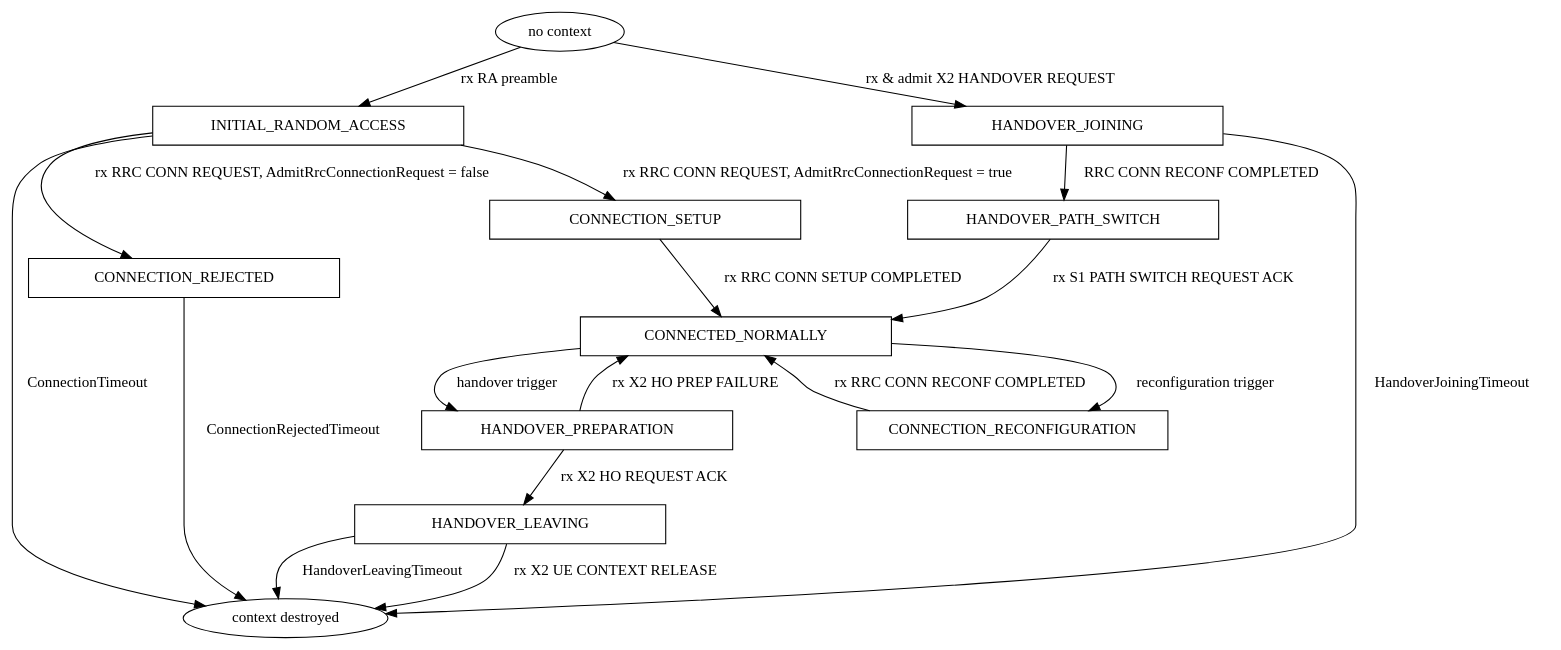
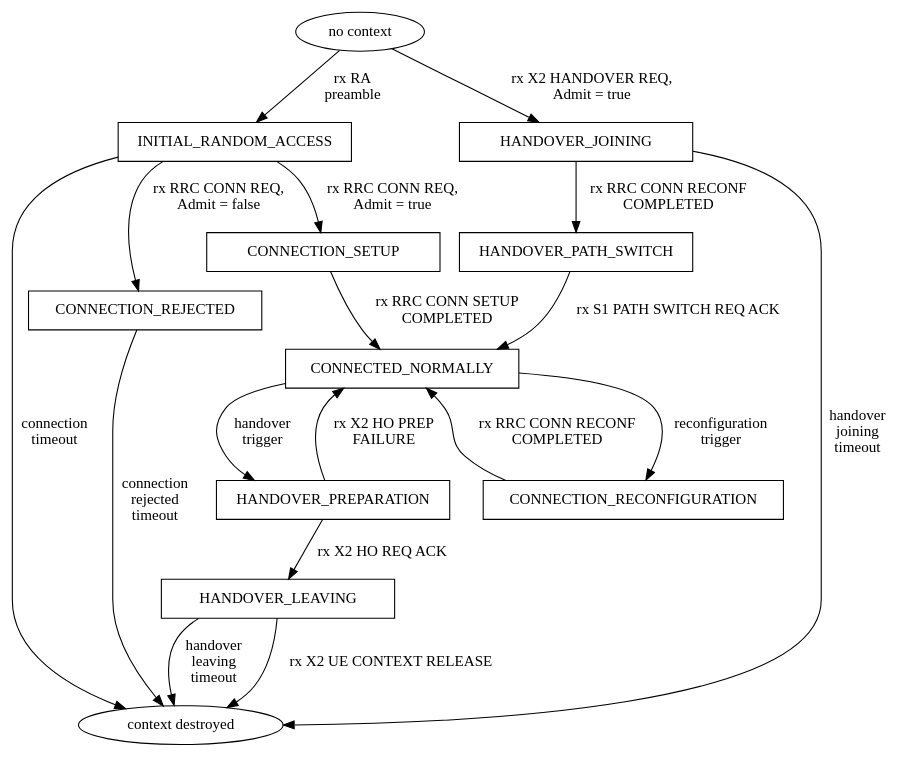
The diagram in src/lte/doc/source/figures/lte-enb-rrc-states.dot (tkn-tub/ns3-gym), drawn with Graphviz before and after one commit. The commit also changed 3 other files, not shown here.

Commit message:
Rearranged the figure of eNodeB RRC state model

```diff
--- a/src/lte/doc/source/figures/lte-enb-rrc-states.dot
+++ b/src/lte/doc/source/figures/lte-enb-rrc-states.dot
@@ -1,37 +1,40 @@
 digraph LteEnbRrcStates {
-
-size="20,20"
 
 
 NO_CONTEXT [shape="ellipse", label="no context"]
-INITIAL_RANDOM_ACCESS  [shape="box",width=4]
-CONNECTION_SETUP [shape="box",width=4]
-CONNECTION_REJECTED [shape="box",width=4] 
-CONNECTED_NORMALLY [shape="box",width=4] 
-CONNECTION_RECONFIGURATION [shape="box",width=4] 
-HANDOVER_PREPARATION [shape="box",width=4] 
-HANDOVER_JOINING [shape="box",width=4] 
-HANDOVER_PATH_SWITCH [shape="box",width=4] 
-HANDOVER_LEAVING [shape="box",width=4]
+INITIAL_RANDOM_ACCESS [shape="box",width=3]
+CONNECTION_SETUP [shape="box",width=3]
+CONNECTION_REJECTED [shape="box",width=3] 
+CONNECTED_NORMALLY [shape="box",width=3] 
+CONNECTION_RECONFIGURATION [shape="box",width=3] 
+HANDOVER_PREPARATION [shape="box",width=3] 
+HANDOVER_JOINING [shape="box",width=3] 
+HANDOVER_PATH_SWITCH [shape="box",width=3] 
+HANDOVER_LEAVING [shape="box",width=3]
 CONTEXT_DESTROYED [shape="ellipse", label="context destroyed"]
 
-NO_CONTEXT -> INITIAL_RANDOM_ACCESS [label="rx RA preamble",labeldistance=0]
-INITIAL_RANDOM_ACCESS -> CONNECTION_REJECTED [label="rx RRC CONN REQUEST, AdmitRrcConnectionRequest = false"]
-CONNECTION_REJECTED -> CONTEXT_DESTROYED [label="ConnectionRejectedTimeout"]
-INITIAL_RANDOM_ACCESS -> CONTEXT_DESTROYED [label="ConnectionTimeout"]
-INITIAL_RANDOM_ACCESS -> CONNECTION_SETUP [label="rx RRC CONN REQUEST, AdmitRrcConnectionRequest = true"]
-CONNECTION_SETUP -> CONNECTED_NORMALLY [label="rx RRC CONN SETUP COMPLETED"]
-CONNECTED_NORMALLY -> CONNECTION_RECONFIGURATION [label="reconfiguration trigger"]
-CONNECTION_RECONFIGURATION -> CONNECTED_NORMALLY [label="rx RRC CONN RECONF COMPLETED"]
-CONNECTED_NORMALLY -> HANDOVER_PREPARATION [label="handover trigger"]
-HANDOVER_PREPARATION -> CONNECTED_NORMALLY [label="rx X2 HO PREP FAILURE"]
-HANDOVER_PREPARATION -> HANDOVER_LEAVING [label="rx X2 HO REQUEST ACK"]
+// connection establishment
+NO_CONTEXT -> INITIAL_RANDOM_ACCESS [label="rx RA\npreamble"]
+INITIAL_RANDOM_ACCESS -> CONNECTION_REJECTED [label="rx RRC CONN REQ,\nAdmit = false"]
+CONNECTION_REJECTED -> CONTEXT_DESTROYED [label="connection\nrejected\ntimeout"]
+INITIAL_RANDOM_ACCESS -> CONTEXT_DESTROYED [label="connection\ntimeout"]
+INITIAL_RANDOM_ACCESS -> CONNECTION_SETUP [label="rx RRC CONN REQ,\nAdmit = true"]
+CONNECTION_SETUP -> CONNECTED_NORMALLY [label="rx RRC CONN SETUP\nCOMPLETED"]
+CONNECTED_NORMALLY -> CONNECTION_RECONFIGURATION [label="reconfiguration\ntrigger"]
+CONNECTION_RECONFIGURATION -> CONNECTED_NORMALLY [label="rx RRC CONN RECONF\nCOMPLETED"]
+
+// leaving because of handover
+CONNECTED_NORMALLY -> HANDOVER_PREPARATION [label="handover\ntrigger"]
+HANDOVER_PREPARATION -> CONNECTED_NORMALLY [label="rx X2 HO PREP\nFAILURE"]
+HANDOVER_PREPARATION -> HANDOVER_LEAVING [label="rx X2 HO REQ ACK"]
 HANDOVER_LEAVING -> CONTEXT_DESTROYED [label="rx X2 UE CONTEXT RELEASE"]
-HANDOVER_LEAVING -> CONTEXT_DESTROYED [label="HandoverLeavingTimeout"]
-NO_CONTEXT -> HANDOVER_JOINING [label="rx & admit X2 HANDOVER REQUEST"]
-HANDOVER_JOINING -> HANDOVER_PATH_SWITCH [label="RRC CONN RECONF COMPLETED"]
-HANDOVER_JOINING -> CONTEXT_DESTROYED [label="HandoverJoiningTimeout"]
-HANDOVER_PATH_SWITCH -> CONNECTED_NORMALLY [label="rx S1 PATH SWITCH REQUEST ACK"]
+HANDOVER_LEAVING -> CONTEXT_DESTROYED [label="handover\nleaving\ntimeout"]
+
+// joining because of handover
+NO_CONTEXT -> HANDOVER_JOINING [label="rx X2 HANDOVER REQ,\nAdmit = true"]
+HANDOVER_JOINING -> HANDOVER_PATH_SWITCH [label="rx RRC CONN RECONF\nCOMPLETED"]
+HANDOVER_JOINING -> CONTEXT_DESTROYED [label="handover\njoining\ntimeout"]
+HANDOVER_PATH_SWITCH -> CONNECTED_NORMALLY [label="rx S1 PATH SWITCH REQ ACK"]
 
 
 }
```
